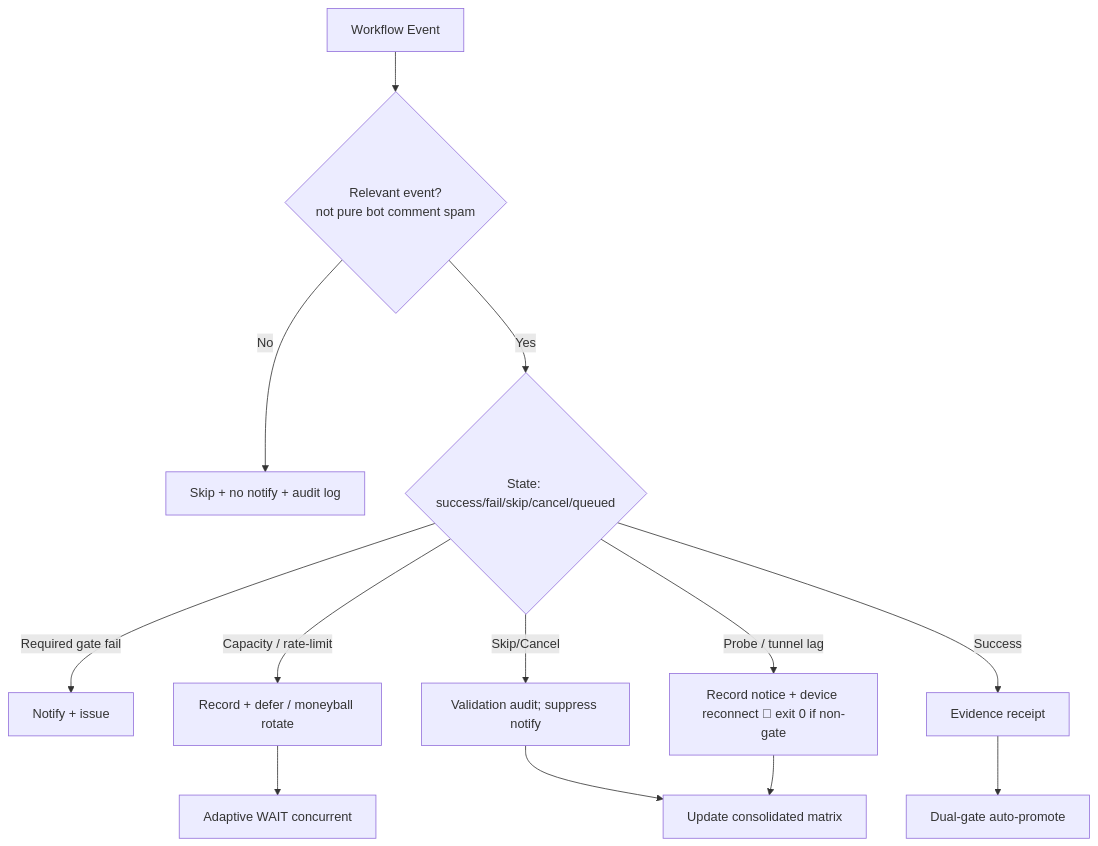
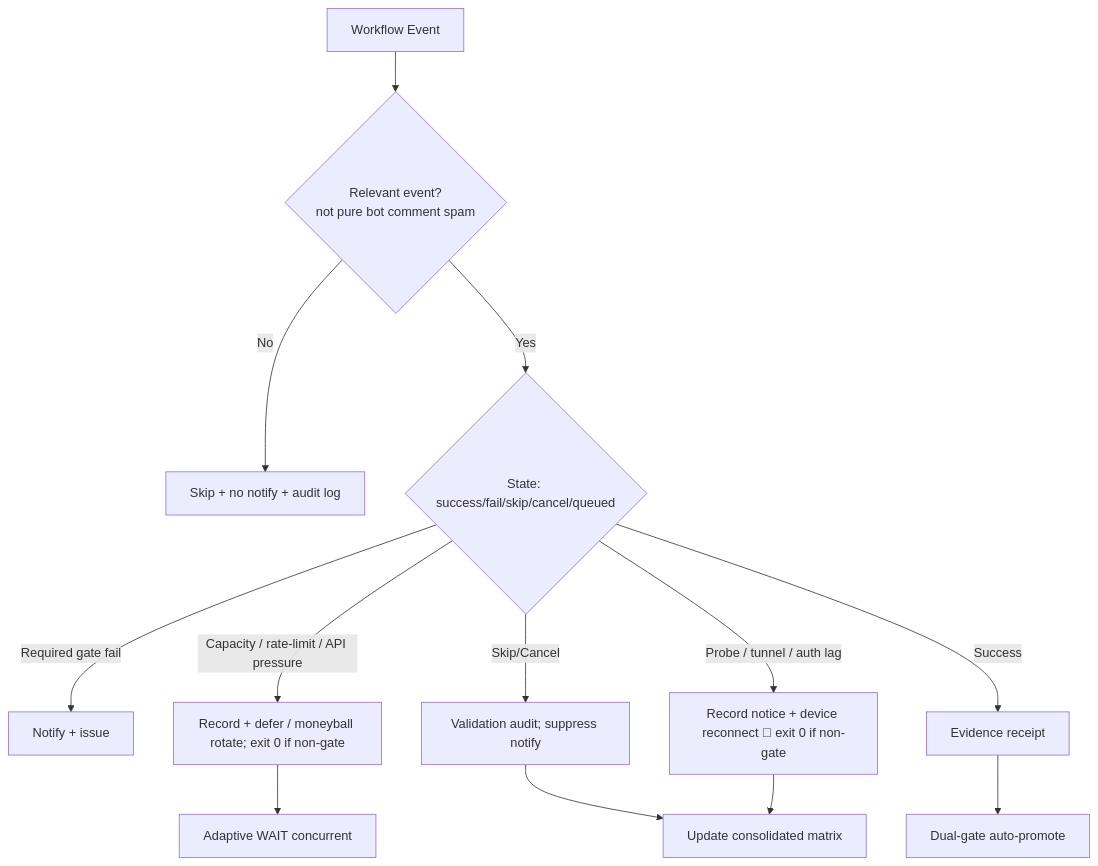
The diagram in docs/ops/ACTIONS-CONSOLIDATED-MATRIX-2026-10-21.md (timerloggedout-spec/termux-monorepo), drawn with Mermaid before and after one commit. The commit also changed other lines of this file and 1 other file, not shown here.

````diff
--- a/docs/ops/ACTIONS-CONSOLIDATED-MATRIX-2026-10-21.md
+++ b/docs/ops/ACTIONS-CONSOLIDATED-MATRIX-2026-10-21.md
@@ -40,15 +42,15 @@
 ```mermaid
 flowchart TD
   Event[Workflow Event] --> Filter{Relevant event?<br/>not pure bot comment spam}
   Filter -->|No| Skip[Skip + no notify + audit log]
   Filter -->|Yes| Classify{State: success/fail/skip/cancel/queued}
   Classify -->|Required gate fail| Alert[Notify + issue]
-  Classify -->|Capacity / rate-limit| Quota[Record + defer / moneyball rotate]
+  Classify -->|Capacity / rate-limit / API pressure| Quota[Record + defer / moneyball rotate; exit 0 if non-gate]
   Classify -->|Skip/Cancel| Audit[Validation audit; suppress notify]
   Classify -->|Success| Record[Evidence receipt]
-  Classify -->|Probe / tunnel lag| Device[Record notice + device reconnect #1; exit 0 if non-gate]
+  Classify -->|Probe / tunnel / auth lag| Device[Record notice + device reconnect #1; exit 0 if non-gate]
   Quota --> Wait[Adaptive WAIT concurrent]
   Audit --> Matrix[Update consolidated matrix]
   Record --> Promote[Dual-gate auto-promote]
   Device --> Matrix
 ```
````
